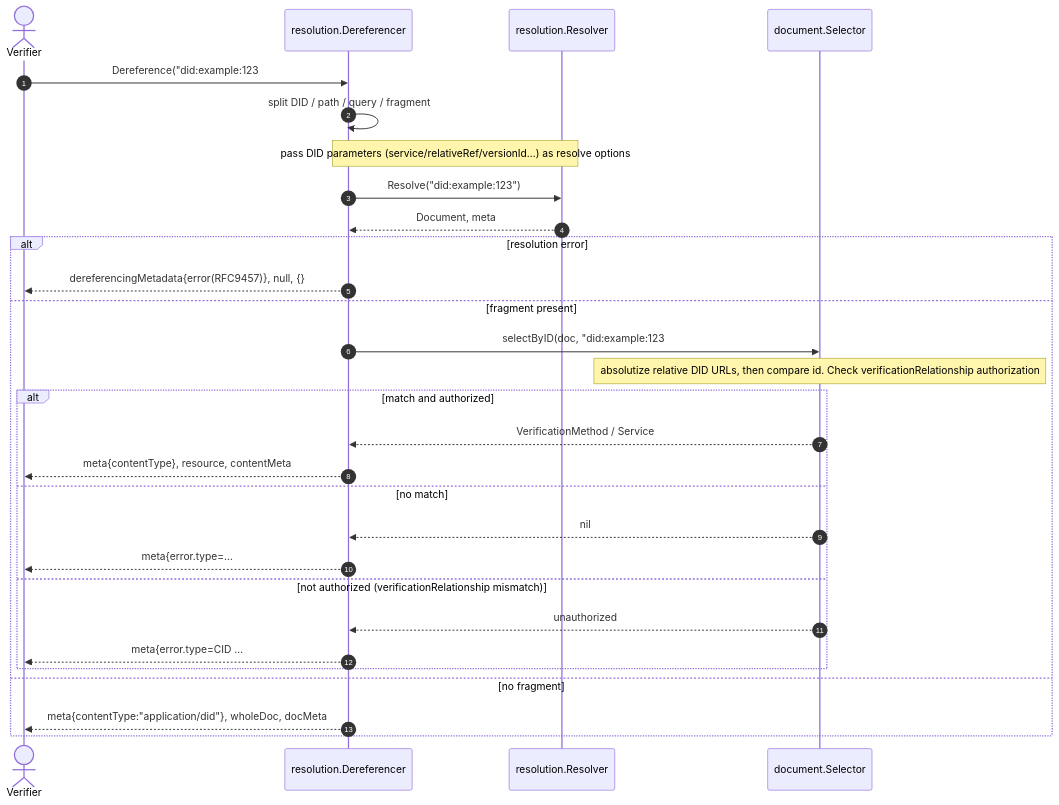
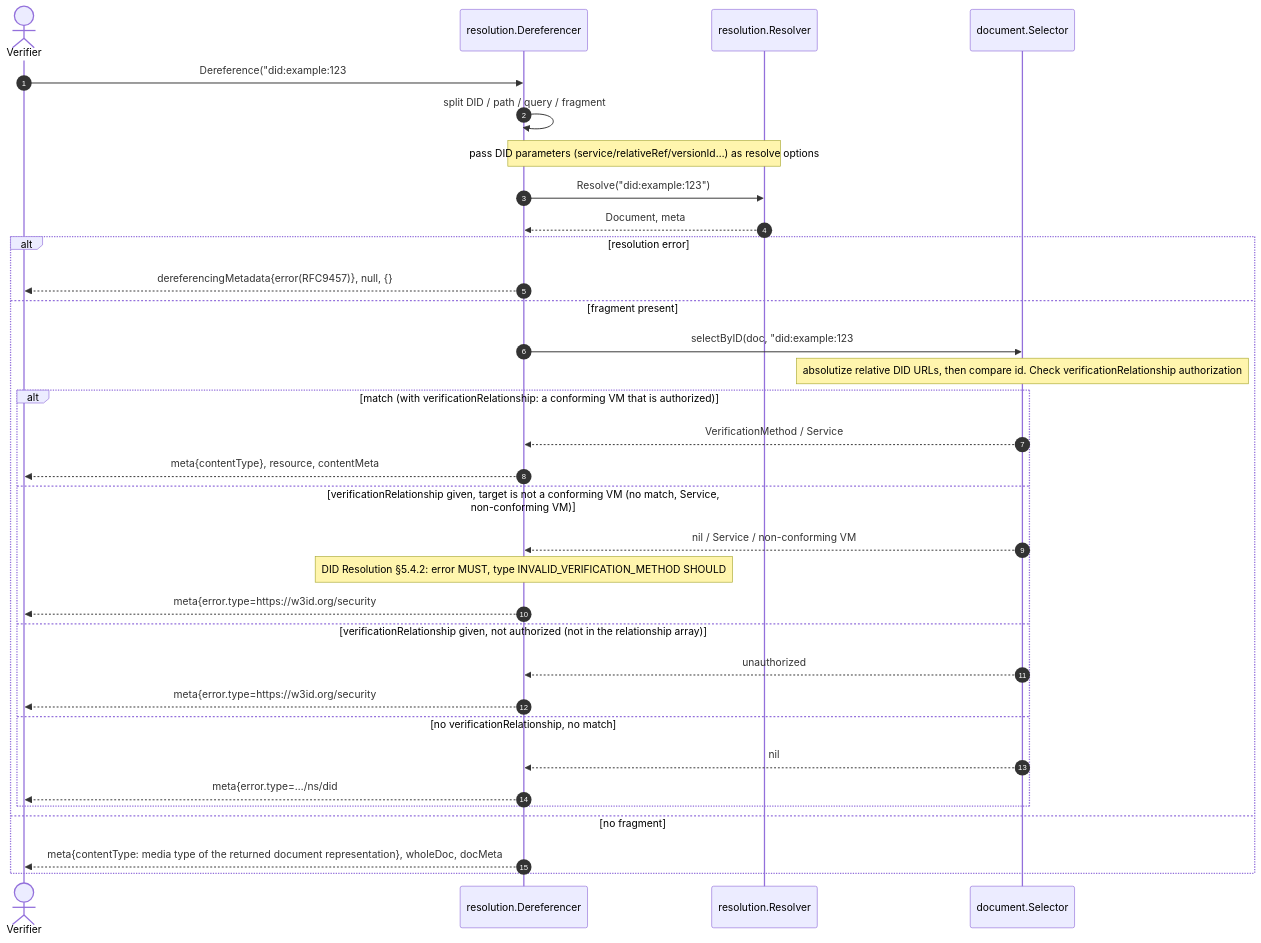
Before and after one commit to SAGE-X-project/did-go: the sixth of 10 diagrams in docs/02-sequence-diagrams.md, drawn with Mermaid. The commit also changed other lines of this file and 13 other files, not shown here.

````diff
--- a/docs/02-sequence-diagrams.md
+++ b/docs/02-sequence-diagrams.md
@@ -171,32 +191,36 @@
 ```mermaid
 sequenceDiagram
     autonumber
     actor Verifier
     participant DR as resolution.Dereferencer
     participant R as resolution.Resolver
     participant Sel as document.Selector
 
     Verifier->>DR: Dereference("did:example:123#key-1", {accept, verificationRelationship})
     DR->>DR: split DID / path / query / fragment
     Note over DR,R: pass DID parameters (service/relativeRef/versionId…) as resolve options
     DR->>R: Resolve("did:example:123")
     R-->>DR: Document, meta
     alt resolution error
         DR-->>Verifier: dereferencingMetadata{error(RFC9457)}, null, {}
     else fragment present
         DR->>Sel: selectByID(doc, "did:example:123#key-1")
         Note over Sel: absolutize relative DID URLs, then compare id. Check verificationRelationship authorization
-        alt match and authorized
+        alt match (with verificationRelationship: a conforming VM that is authorized)
             Sel-->>DR: VerificationMethod / Service
             DR-->>Verifier: meta{contentType}, resource, contentMeta
-        else no match
+        else verificationRelationship given, target is not a conforming VM (no match, Service, non-conforming VM)
+            Sel-->>DR: nil / Service / non-conforming VM
+            Note over DR: DID Resolution §5.4.2: error MUST, type INVALID_VERIFICATION_METHOD SHOULD
+            DR-->>Verifier: meta{error.type=https://w3id.org/security#INVALID_VERIFICATION_METHOD}, null, {}
+        else verificationRelationship given, not authorized (not in the relationship array)
+            Sel-->>DR: unauthorized
+            DR-->>Verifier: meta{error.type=https://w3id.org/security#INVALID_RELATIONSHIP_FOR_VERIFICATION_METHOD}, null, {}
+        else no verificationRelationship, no match
             Sel-->>DR: nil
-            DR-->>Verifier: meta{error.type=…#NOT_FOUND}, null, {}
-        else not authorized (verificationRelationship mismatch)
-            Sel-->>DR: unauthorized
-            DR-->>Verifier: meta{error.type=CID …#INVALID_RELATIONSHIP_FOR_VERIFICATION_METHOD}, null, {}
+            DR-->>Verifier: meta{error.type=…/ns/did#NOT_FOUND}, null, {}
         end
     else no fragment
-        DR-->>Verifier: meta{contentType:"application/did"}, wholeDoc, docMeta
+        DR-->>Verifier: meta{contentType: media type of the returned document representation}, wholeDoc, docMeta
     end
 ```
````
